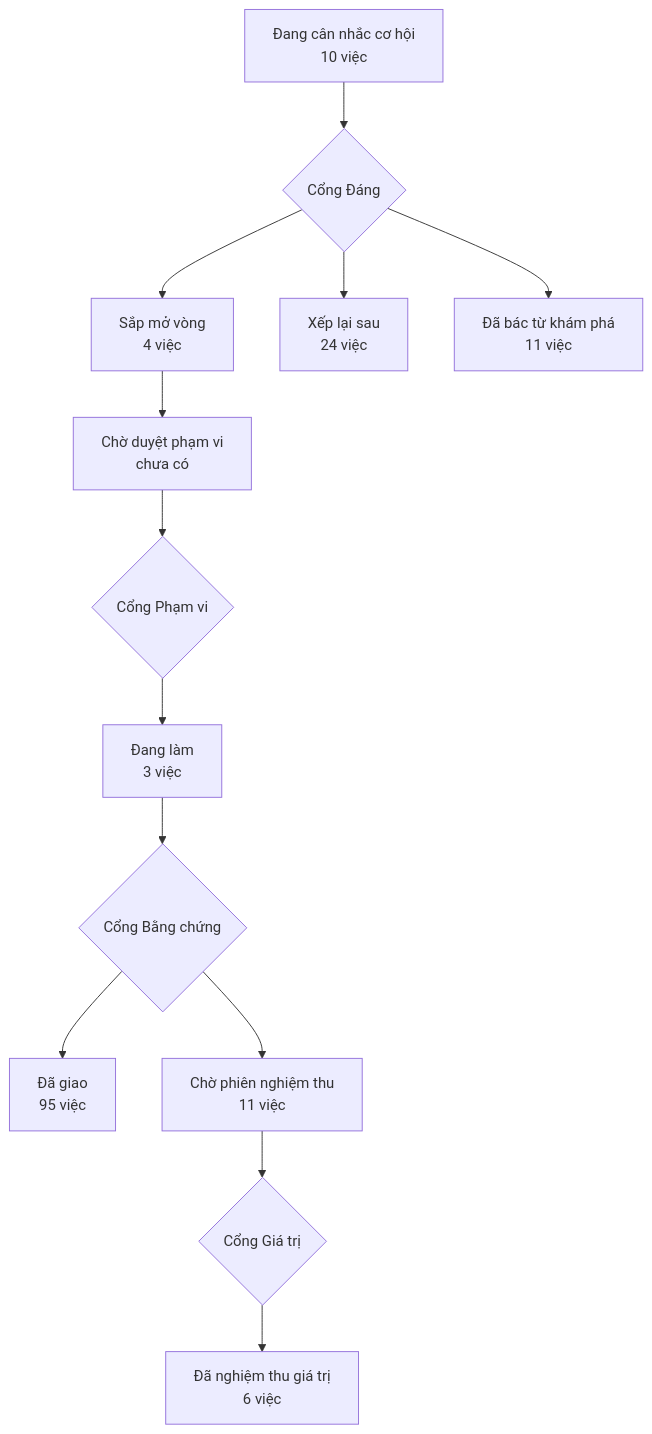
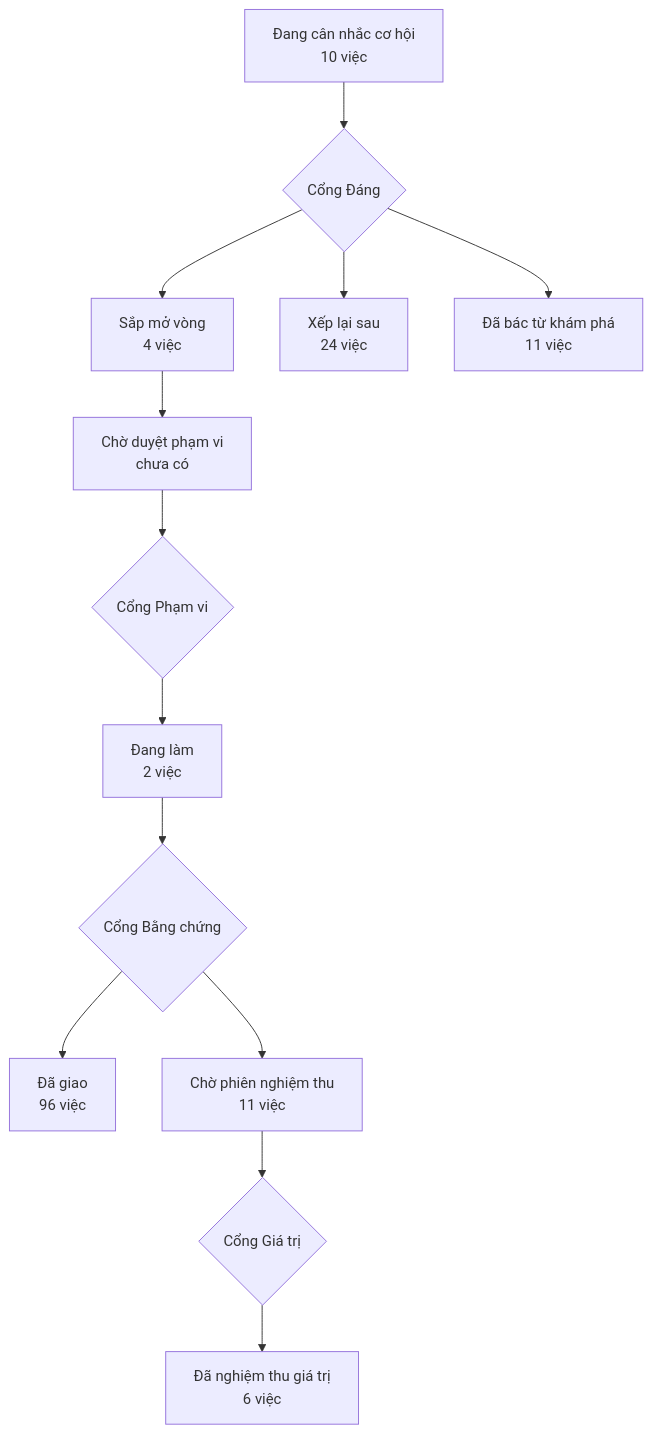
Before and after one commit to phanlemanh/acceptance-gate-kit: the diagram in PRODUCT-MAP.md, drawn with Mermaid. The commit also changed 6 other files, not shown here.

````diff
--- a/PRODUCT-MAP.md
+++ b/PRODUCT-MAP.md
@@ -6,12 +6,12 @@
 ```mermaid
 flowchart TD
   A["Đang cân nhắc cơ hội<br/>10 việc"] --> GD{"Cổng Đáng"}
   GD --> B["Sắp mở vòng<br/>4 việc"]
   GD --> XL["Xếp lại sau<br/>24 việc"]
   GD --> DB["Đã bác từ khám phá<br/>11 việc"]
   B --> CD["Chờ duyệt phạm vi<br/>chưa có"] --> GP{"Cổng Phạm vi"}
-  GP --> DL["Đang làm<br/>3 việc"] --> GB{"Cổng Bằng chứng"}
-  GB --> DG["Đã giao<br/>95 việc"]
+  GP --> DL["Đang làm<br/>2 việc"] --> GB{"Cổng Bằng chứng"}
+  GB --> DG["Đã giao<br/>96 việc"]
   GB --> CN["Chờ phiên nghiệm thu<br/>11 việc"] --> GG{"Cổng Giá trị"}
   GG --> NT["Đã nghiệm thu giá trị<br/>6 việc"]
 ```
````
